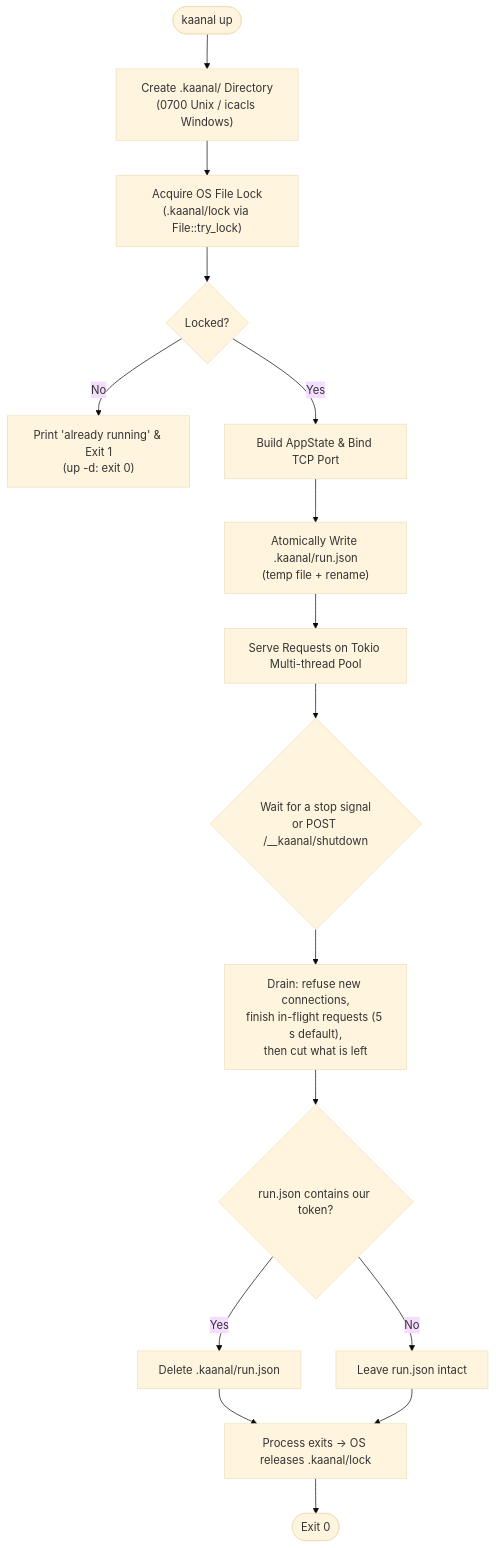
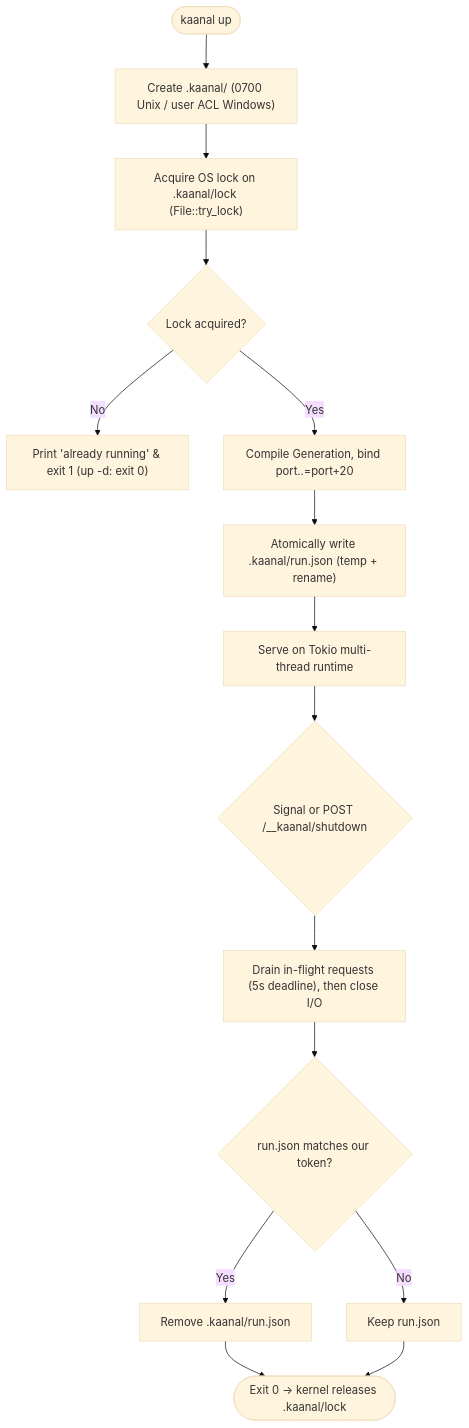
The eighth of 8 diagrams in docs/source/architecture.md (Naveen2070/kaanal), drawn with Mermaid (base theme) before and after one commit. The commit also changed other lines of this file and 6 other files, not shown here.

First line of the commit message:
docs: polish README, architecture guide, and theme banners

````diff
--- a/docs/source/architecture.md
+++ b/docs/source/architecture.md
@@ -289,20 +259,17 @@
 ```mermaid
 flowchart TD
-    Start(["kaanal up"]) --> PrivDir["Create .kaanal/ Directory<br/>(0700 Unix / icacls Windows)"]
-    PrivDir --> Lock["Acquire OS File Lock<br/>(.kaanal/lock via File::try_lock)"]
-    Lock --> CheckLock{Locked?}
-
-    CheckLock -- No --> ExitBusy["Print 'already running' & Exit 1<br/>(up -d: exit 0)"]
-    CheckLock -- Yes --> Init["Build AppState & Bind TCP Port"]
-    Init --> RunFile["Atomically Write .kaanal/run.json<br/>(temp file + rename)"]
-    RunFile --> Serve["Serve Requests on Tokio Multi-thread Pool"]
-
-    Serve --> SigWait{"Wait for a stop signal<br/>or POST /__kaanal/shutdown"}
-    SigWait --> Drain["Drain: refuse new connections,<br/>finish in-flight requests (5 s default),<br/>then cut what is left"]
-    Drain --> TokenCheck{"run.json contains our token?"}
-    TokenCheck -- Yes --> Unlink["Delete .kaanal/run.json"]
-    TokenCheck -- No --> Keep["Leave run.json intact"]
-    Unlink --> KernelUnlock["Process exits -> OS releases .kaanal/lock"]
-    Keep --> KernelUnlock
-    KernelUnlock --> Terminate(["Exit 0"])
+    Start(["kaanal up"]) --> Dir["Create .kaanal/ (0700 Unix / user ACL Windows)"]
+    Dir --> Lock["Acquire OS lock on .kaanal/lock (File::try_lock)"]
+    Lock --> Held{"Lock acquired?"}
+    Held -- No --> Busy["Print 'already running' & exit 1 (up -d: exit 0)"]
+    Held -- Yes --> Bind["Compile Generation, bind port..=port+20"]
+    Bind --> RunFile["Atomically write .kaanal/run.json (temp + rename)"]
+    RunFile --> Serve["Serve on Tokio multi-thread runtime"]
+    Serve --> Stop{"Signal or POST /__kaanal/shutdown"}
+    Stop --> Drain["Drain in-flight requests (5s deadline), then close I/O"]
+    Drain --> Own{"run.json matches our token?"}
+    Own -- Yes --> Clean["Remove .kaanal/run.json"]
+    Own -- No --> Keep["Keep run.json"]
+    Clean --> Done(["Exit 0 -> kernel releases .kaanal/lock"])
+    Keep --> Done
 ```
````
